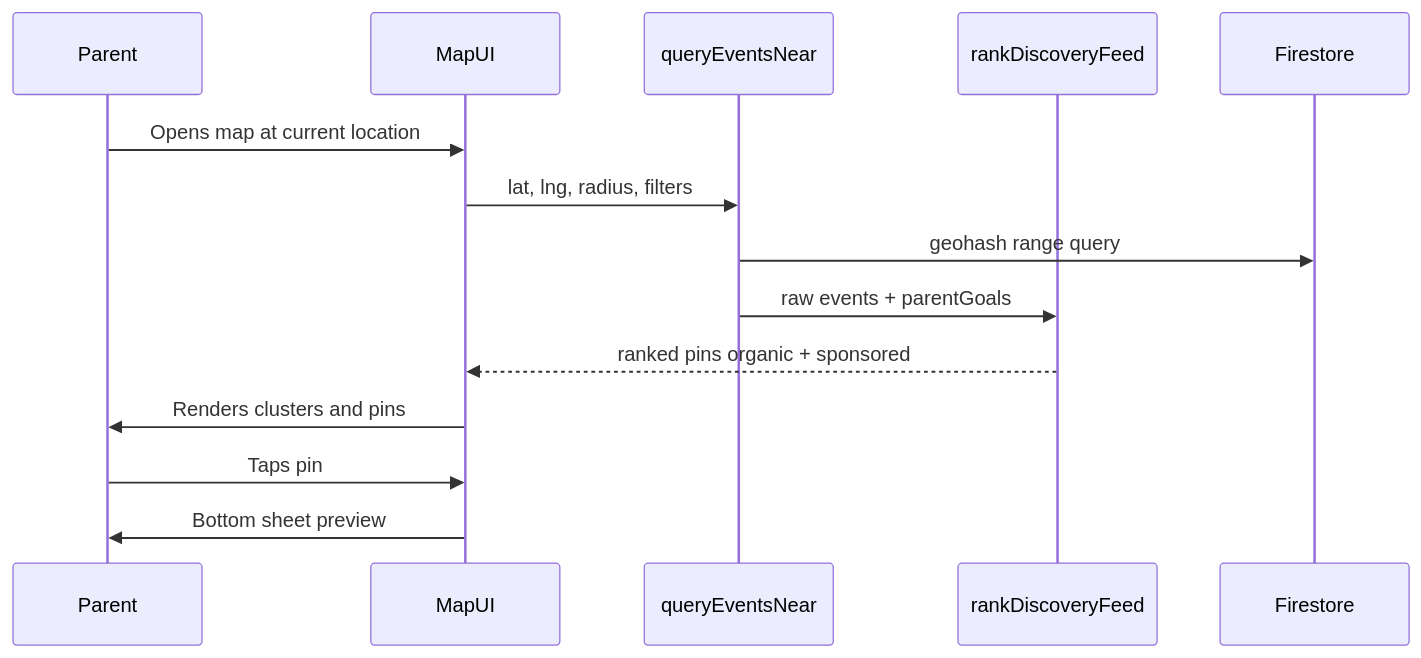
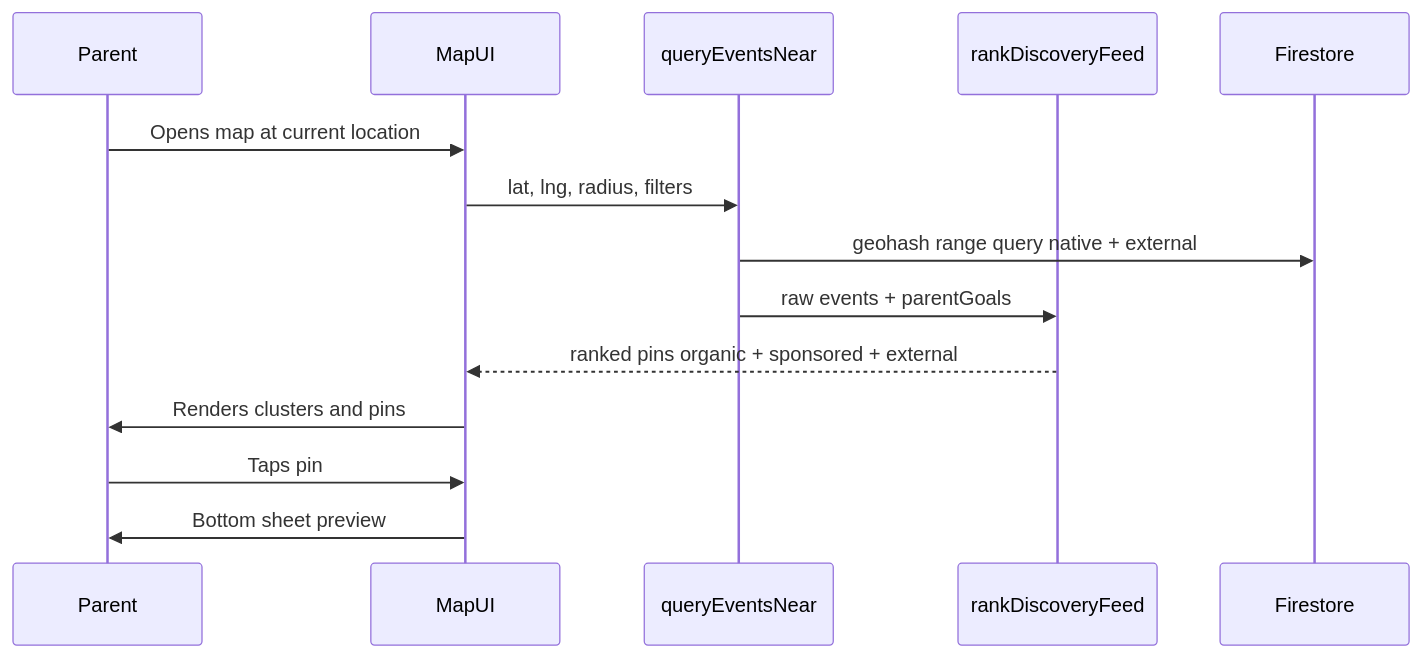
Before and after one commit to smmoose1/recess: the second of 4 diagrams in PLAN.md, drawn with Mermaid. The commit also changed other lines of this file, not shown here.

First line of the commit message:
Add daily external event ingestion from third-party platforms.

````diff
--- a/PLAN.md
+++ b/PLAN.md
@@ -292,17 +379,17 @@
 ```mermaid
 sequenceDiagram
     participant Parent
     participant MapUI
     participant QueryCF as queryEventsNear
     participant RankCF as rankDiscoveryFeed
     participant Firestore
 
     Parent->>MapUI: Opens map at current location
     MapUI->>QueryCF: lat, lng, radius, filters
-    QueryCF->>Firestore: geohash range query
+    QueryCF->>Firestore: geohash range query native + external
     QueryCF->>RankCF: raw events + parentGoals
-    RankCF-->>MapUI: ranked pins organic + sponsored
+    RankCF-->>MapUI: ranked pins organic + sponsored + external
     MapUI->>Parent: Renders clusters and pins
     Parent->>MapUI: Taps pin
     MapUI->>Parent: Bottom sheet preview
 ```
````
